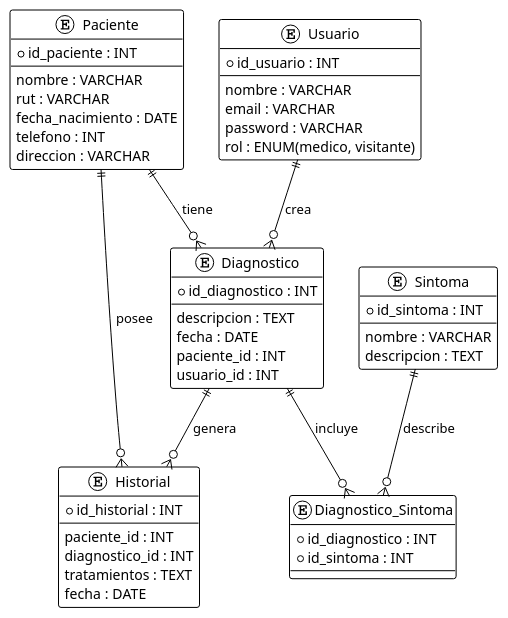
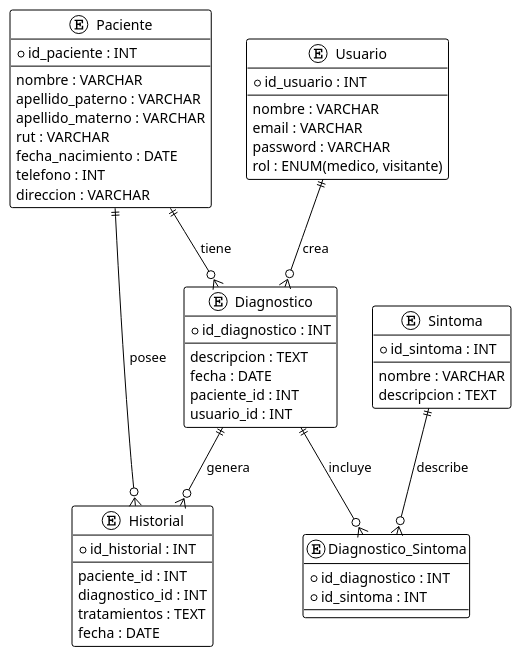
One commit to ignacioandresr/MedicalDS changed the diagram in MER.puml. Above: the diagram before and after it, drawn with PlantUML. The commit also changed 5 other files, not shown here.

```diff
--- a/MER.puml
+++ b/MER.puml
@@ -1,60 +1,62 @@
 @startuml
 !theme plain
 
 entity "Paciente" as Paciente {
   *id_paciente : INT
   --
   nombre : VARCHAR
+  apellido_paterno : VARCHAR
+  apellido_materno : VARCHAR
   rut : VARCHAR
   fecha_nacimiento : DATE
   telefono : INT
   direccion : VARCHAR
 }
 
 entity "Sintoma" as Sintoma {
   *id_sintoma : INT
   --
   nombre : VARCHAR
   descripcion : TEXT
 }
 
 entity "Diagnostico" as Diagnostico {
   *id_diagnostico : INT
   --
   descripcion : TEXT
   fecha : DATE
   paciente_id : INT
   usuario_id : INT
 }
 
 entity "Historial" as Historial {
   *id_historial : INT
   --
   paciente_id : INT
   diagnostico_id : INT
   tratamientos : TEXT
   fecha : DATE
 }
 
 entity "Usuario" as Usuario {
   *id_usuario : INT
   --
   nombre : VARCHAR
   email : VARCHAR
   password : VARCHAR
   rol : ENUM(medico, visitante)
 }
 
 entity "Diagnostico_Sintoma" as DiagnosticoSintoma {
   *id_diagnostico : INT
   *id_sintoma : INT
 }
 
 Paciente ||--o{ Diagnostico : tiene
 Paciente ||--o{ Historial : posee
 Diagnostico ||--o{ Historial : genera
 Usuario ||--o{ Diagnostico : crea
 Diagnostico ||--o{ DiagnosticoSintoma : incluye
 Sintoma ||--o{ DiagnosticoSintoma : describe
 
 @enduml
```
